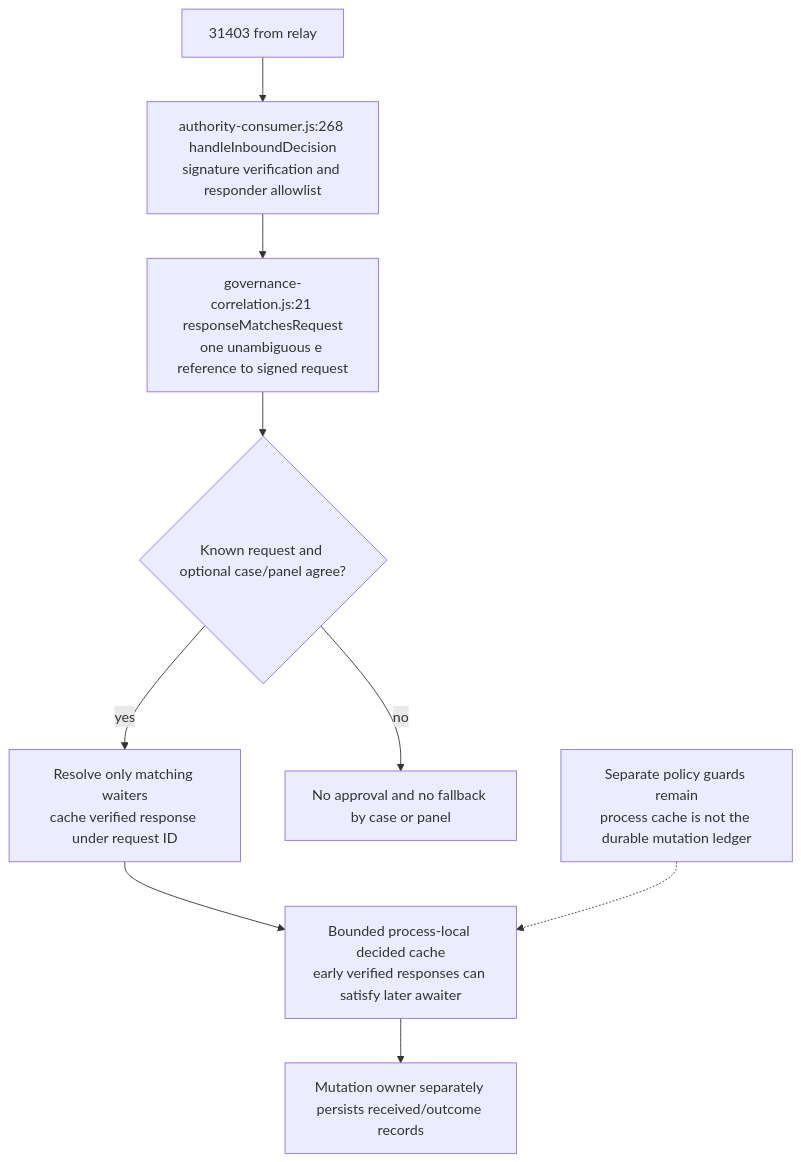
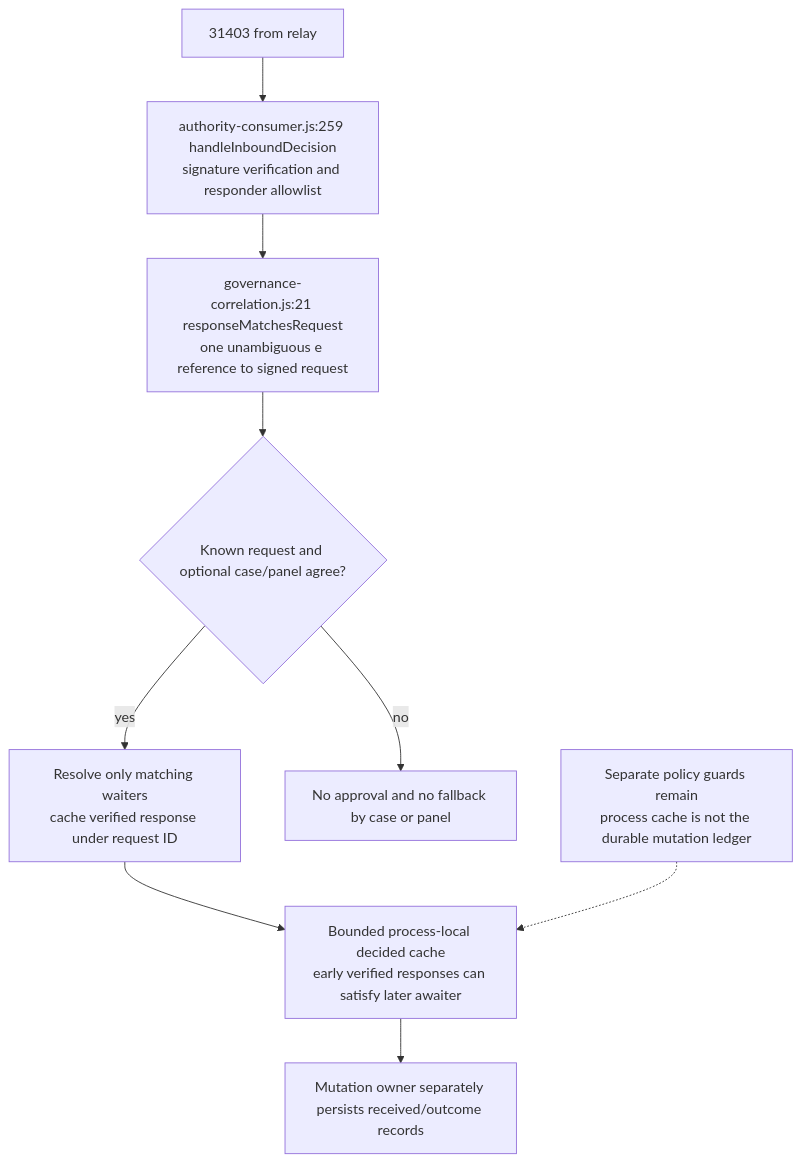
Before and after one commit to DreamLab-AI/VisionFlow: diagram 11 of 16 in docs/diagrams/agentbox/11-identity-did-mandate-authority.md, drawn with Mermaid. The commit also changed other lines of this file and 28 other files, not shown here.

````diff
--- a/docs/diagrams/agentbox/11-identity-did-mandate-authority.md
+++ b/docs/diagrams/agentbox/11-identity-did-mandate-authority.md
@@ -443,11 +447,11 @@
 ```mermaid
 flowchart TD
-    Event["31403 from relay"] --> Verify["authority-consumer.js:268 handleInboundDecision<br/>signature verification and responder allowlist"]
+    Event["31403 from relay"] --> Verify["authority-consumer.js:259 handleInboundDecision<br/>signature verification and responder allowlist"]
     Verify --> Reference["governance-correlation.js:21 responseMatchesRequest<br/>one unambiguous e reference to signed request"]
     Reference --> Match{"Known request and optional case/panel agree?"}
     Match -->|yes| Resolve["Resolve only matching waiters<br/>cache verified response under request ID"]
     Match -->|no| Drop["No approval and no fallback by case or panel"]
     Resolve --> Cache["Bounded process-local decided cache<br/>early verified responses can satisfy later awaiter"]
     Cache --> Owner["Mutation owner separately persists received/outcome records"]
     Note["Separate policy guards remain<br/>process cache is not the durable mutation ledger"] -.-> Cache
 ```
````
